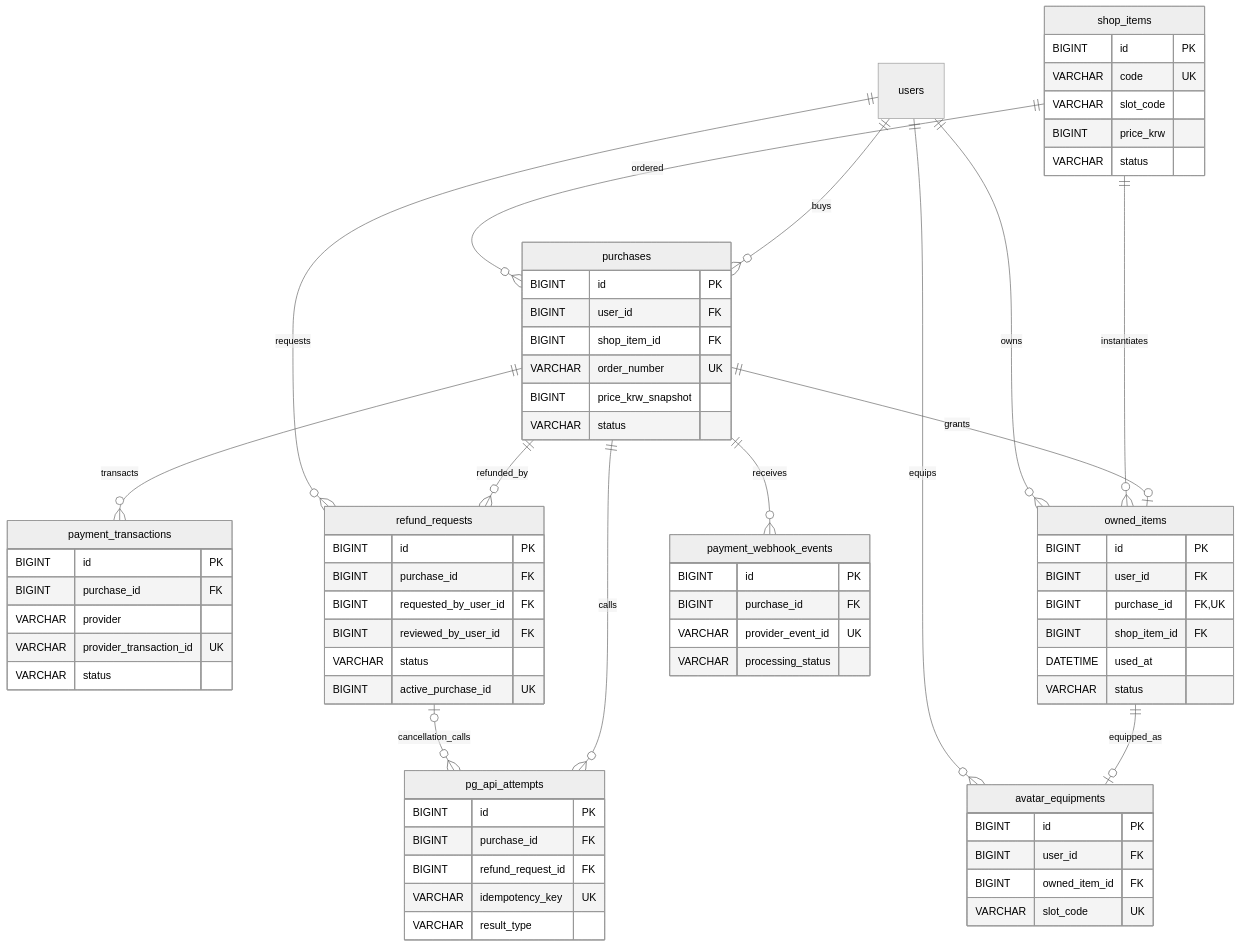
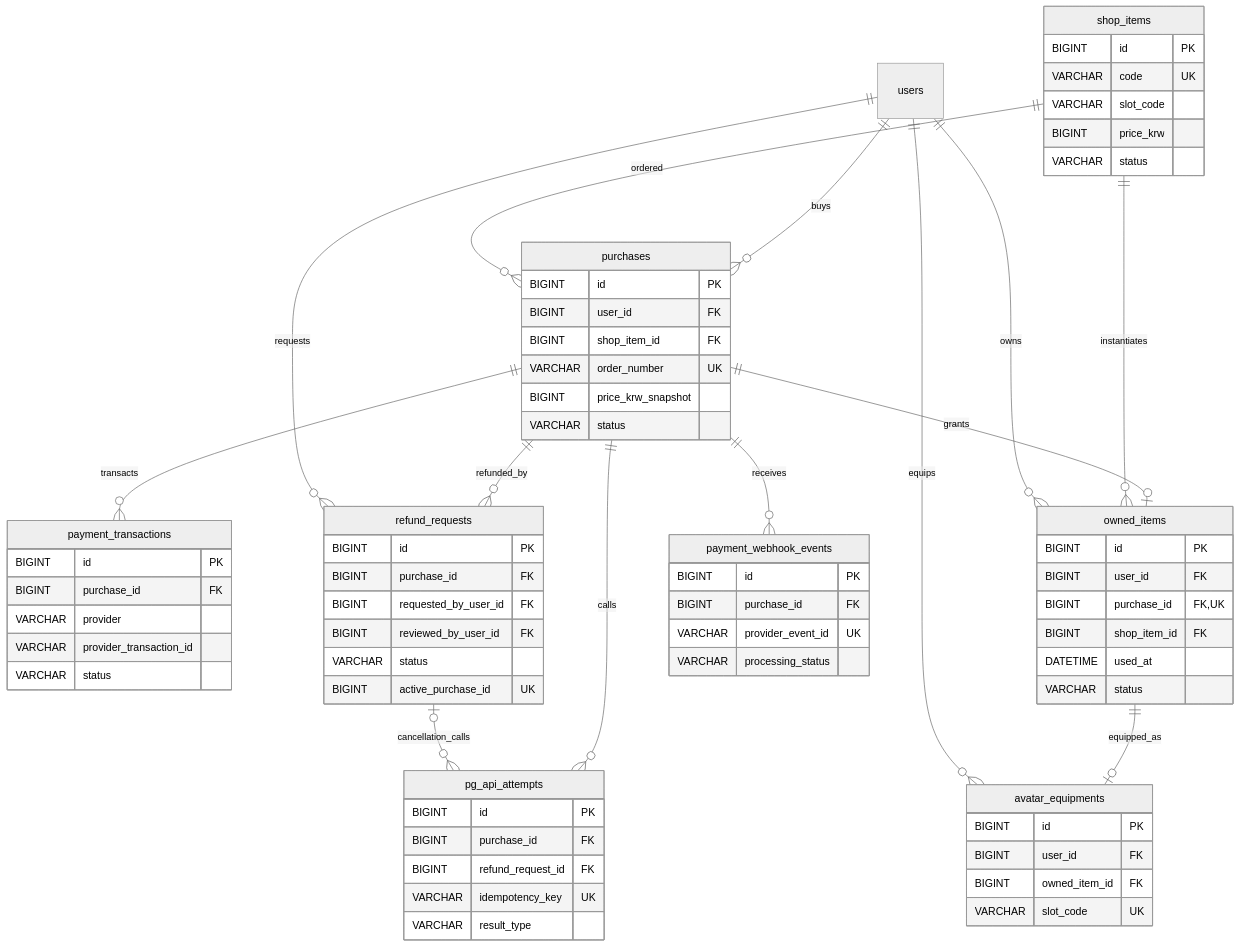
One commit to heebaek200/shared-creature-game changed the fourth of 5 diagrams in docs/database-design.md. Above: the diagram before and after it, drawn with Mermaid (neutral theme). The commit also changed other lines of this file and 16 other files, not shown here.

````diff
--- a/docs/database-design.md
+++ b/docs/database-design.md
@@ -349,74 +351,74 @@
 ```mermaid
 erDiagram
     shop_items {
         BIGINT id PK
         VARCHAR code UK
         VARCHAR slot_code
         BIGINT price_krw
         VARCHAR status
     }
     purchases {
         BIGINT id PK
         BIGINT user_id FK
         BIGINT shop_item_id FK
         VARCHAR order_number UK
         BIGINT price_krw_snapshot
         VARCHAR status
     }
     payment_transactions {
         BIGINT id PK
         BIGINT purchase_id FK
         VARCHAR provider
-        VARCHAR provider_transaction_id UK
+        VARCHAR provider_transaction_id
         VARCHAR status
     }
     owned_items {
         BIGINT id PK
         BIGINT user_id FK
         BIGINT purchase_id FK, UK
         BIGINT shop_item_id FK
         DATETIME used_at
         VARCHAR status
     }
     avatar_equipments {
         BIGINT id PK
         BIGINT user_id FK
         BIGINT owned_item_id FK
         VARCHAR slot_code UK
     }
     refund_requests {
         BIGINT id PK
         BIGINT purchase_id FK
         BIGINT requested_by_user_id FK
         BIGINT reviewed_by_user_id FK
         VARCHAR status
         BIGINT active_purchase_id UK
     }
     pg_api_attempts {
         BIGINT id PK
         BIGINT purchase_id FK
         BIGINT refund_request_id FK
         VARCHAR idempotency_key UK
         VARCHAR result_type
     }
     payment_webhook_events {
         BIGINT id PK
         BIGINT purchase_id FK
         VARCHAR provider_event_id UK
         VARCHAR processing_status
     }
 
     users ||--o{ purchases : buys
     shop_items ||--o{ purchases : ordered
     purchases ||--o{ payment_transactions : transacts
     purchases ||--o| owned_items : grants
     shop_items ||--o{ owned_items : instantiates
     users ||--o{ owned_items : owns
     owned_items ||--o| avatar_equipments : equipped_as
     users ||--o{ avatar_equipments : equips
     purchases ||--o{ refund_requests : refunded_by
     users ||--o{ refund_requests : requests
     purchases ||--o{ pg_api_attempts : calls
     refund_requests o|--o{ pg_api_attempts : cancellation_calls
     purchases ||--o{ payment_webhook_events : receives
 ```
````
